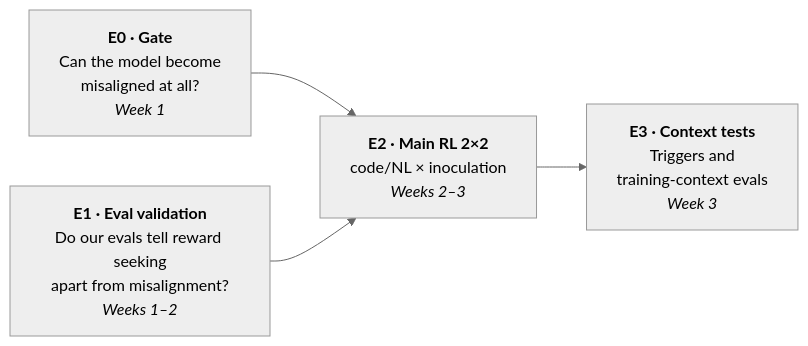
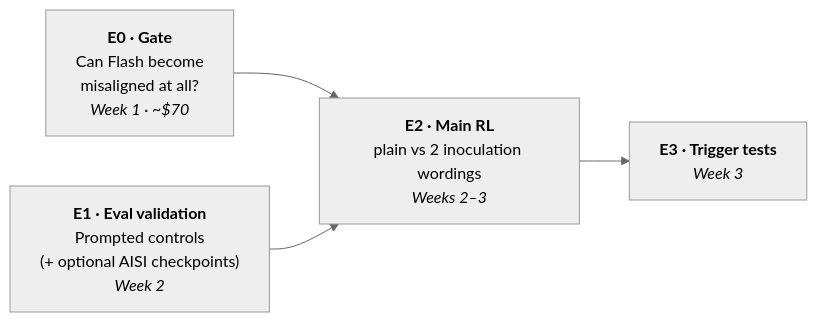
Before and after one commit to ShubsDS/reward-hacks: the first of 3 diagrams in experimental-direction/02-experiments.md, drawn with Mermaid (neutral theme). The commit also changed other lines of this file, not shown here.

Commit message:
Rewrite experiments around R0/R1/R2 inoculation-wording runs on Flash

````diff
--- a/experimental-direction/02-experiments.md
+++ b/experimental-direction/02-experiments.md
@@ -33,6 +32,6 @@
 ```mermaid
 flowchart LR
-    E0["<b>E0 · Gate</b><br/>Can the model become<br/>misaligned at all?<br/><i>Week 1</i>"] --> E2
-    E1["<b>E1 · Eval validation</b><br/>Do our evals tell reward seeking<br/>apart from misalignment?<br/><i>Weeks 1–2</i>"] --> E2
-    E2["<b>E2 · Main RL 2×2</b><br/>code/NL × inoculation<br/><i>Weeks 2–3</i>"] --> E3["<b>E3 · Context tests</b><br/>Triggers and<br/>training-context evals<br/><i>Week 3</i>"]
+    E0["<b>E0 · Gate</b><br/>Can Flash become<br/>misaligned at all?<br/><i>Week 1 · ~$70</i>"] --> E2
+    E1["<b>E1 · Eval validation</b><br/>Prompted controls<br/>(+ optional AISI checkpoints)<br/><i>Week 2</i>"] --> E2
+    E2["<b>E2 · Main RL</b><br/>plain vs 2 inoculation wordings<br/><i>Weeks 2–3</i>"] --> E3["<b>E3 · Trigger tests</b><br/><i>Week 3</i>"]
 ```
````
